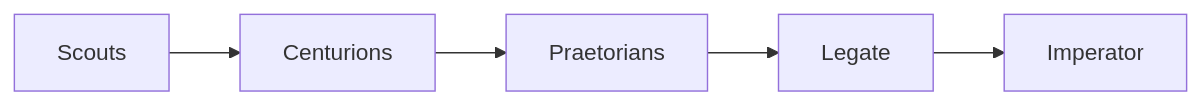
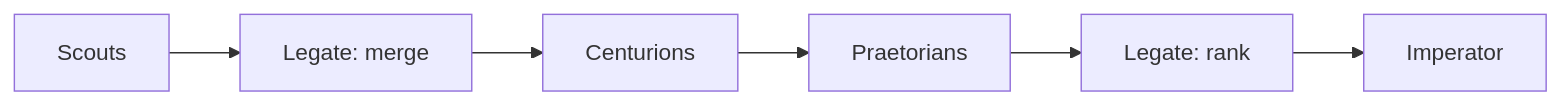
The diagram in README.md (Nodemana/cause-n-effect), drawn with Mermaid before and after one commit. The commit also changed other lines of this file and 2 other files, not shown here.

First line of the commit message:
Document Centurion research, critique, rank, and monitoring (#6)

````diff
--- a/README.md
+++ b/README.md
@@ -24,4 +8,4 @@
 ```mermaid
 flowchart LR
-  S[Scouts] --> C[Centurions] --> P[Praetorians] --> L[Legate] --> I[Imperator]
+  S[Scouts] --> M[Legate: merge] --> C[Centurions] --> P[Praetorians] --> R[Legate: rank] --> I[Imperator]
 ```
````
